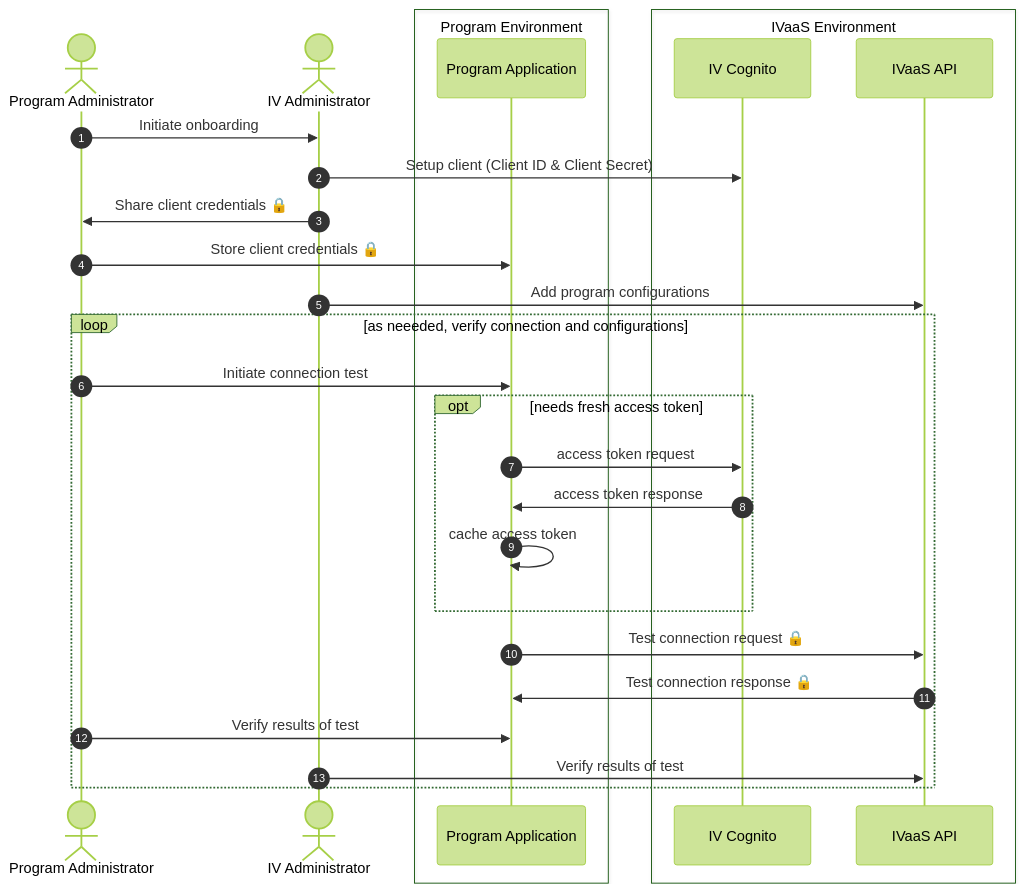
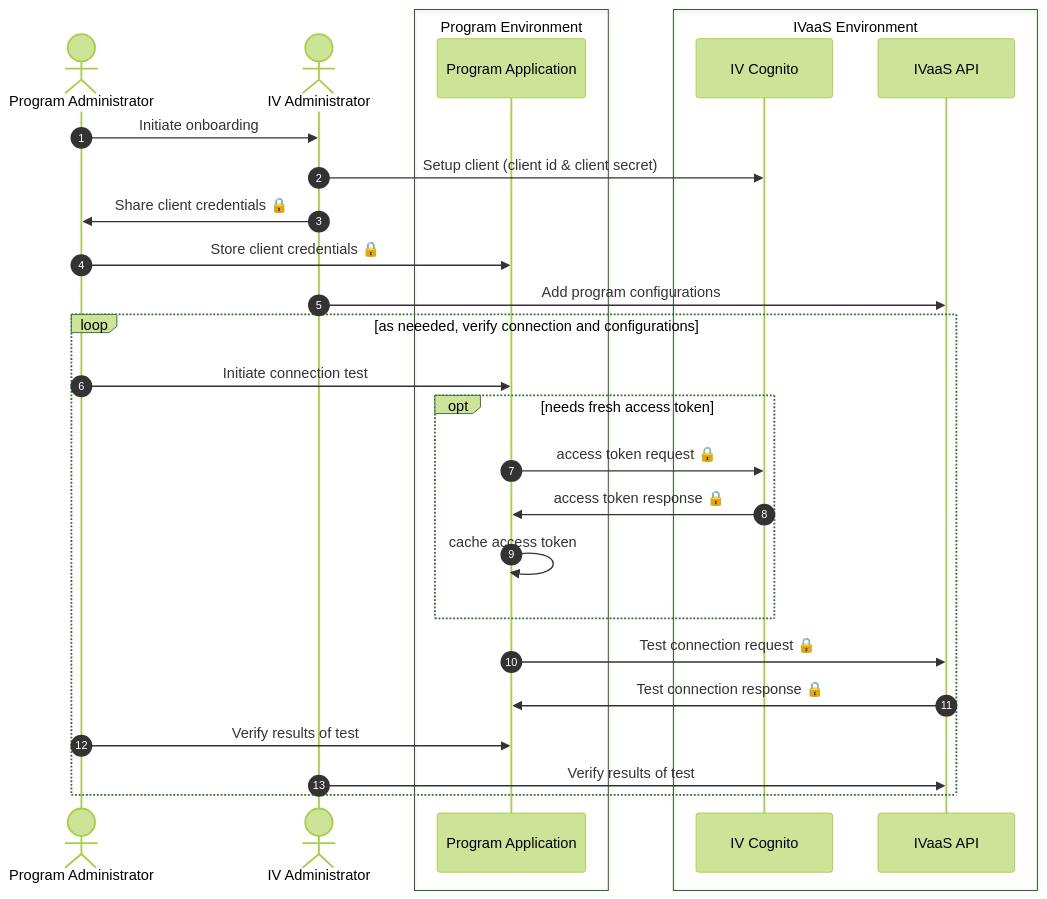
The first of 2 diagrams in docs/api/data-flow.md (coloradodigitalservice/ivaas), drawn with Mermaid (forest theme) before and after one commit.

Commit message:
consistency

````diff
--- a/docs/api/data-flow.md
+++ b/docs/api/data-flow.md
@@ -12,33 +12,33 @@
 ```mermaid
 sequenceDiagram
     autonumber
 
     actor programAdmin as Program Administrator
     actor ivAdmin as IV Administrator
     box Program Environment
     participant programApp as Program Application
     end
     box IVaaS Environment
     participant cognito as IV Cognito
     participant api as IVaaS API
     end
 
     programAdmin->>ivAdmin: Initiate onboarding
-    ivAdmin->>cognito: Setup client (Client ID & Client Secret)
+    ivAdmin->>cognito: Setup client (client id & client secret)
     ivAdmin->>programAdmin: Share client credentials 🔒
     programAdmin->>programApp: Store client credentials 🔒
     ivAdmin->>api: Add program configurations
 
     loop as neeeded, verify connection and configurations
     programAdmin->>programApp: Initiate connection test
     opt needs fresh access token
-    programApp->>cognito: access token request
-    cognito->>programApp: access token response
+    programApp->>cognito: access token request 🔒
+    cognito->>programApp: access token response 🔒
     programApp->>programApp: cache access token
     end
     programApp->>api: Test connection request 🔒
     api->>programApp: Test connection response 🔒
     programAdmin->>programApp: Verify results of test
     ivAdmin->>api: Verify results of test
     end
 ```
````
